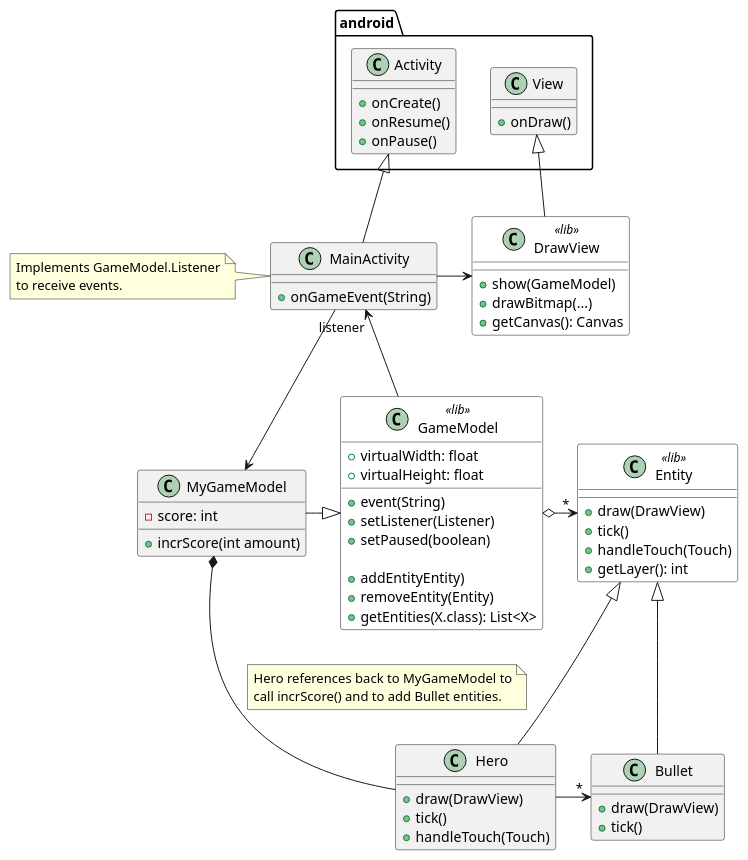
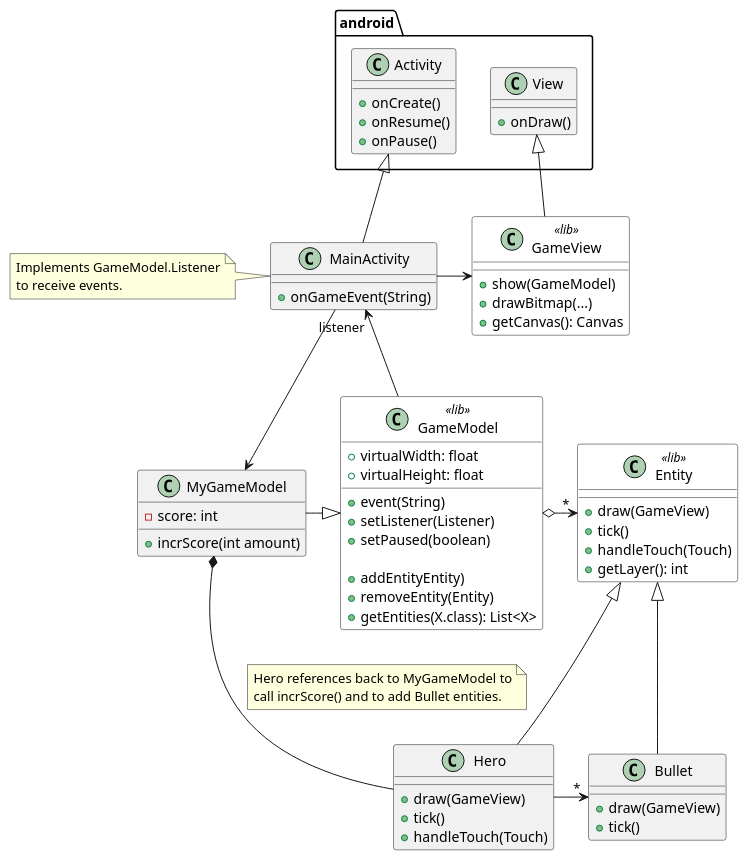
One commit to rikie457/MadnessPool changed the diagram in doc/library-documentation.md. Above: the diagram before and after it, drawn with PlantUML. The commit also changed other lines of this file and 15 other files, not shown here.

Commit message:
DrawView --> GameView

````diff
--- a/doc/library-documentation.md
+++ b/doc/library-documentation.md
@@ -55,18 +55,18 @@
 end note
 
 class Hero {
-    + draw(DrawView)
+    + draw(GameView)
     + tick()
     + handleTouch(Touch)
 }
 
 class Bullet {
-    + draw(DrawView)
+    + draw(GameView)
     + tick()
 }
 
 class Entity<<lib>> {
-    + draw(DrawView)
+    + draw(GameView)
     + tick()
     + handleTouch(Touch)
     + getLayer(): int
@@ -85,7 +85,7 @@
     + getEntities(X.class): List<X>
 }
 
-class DrawView<<lib>> {
+class GameView<<lib>> {
     + show(GameModel)
     + drawBitmap(...)
     + getCanvas(): Canvas
@@ -109,7 +109,7 @@
 Entity <|-- Bullet
 
 MainActivity --> MyGameModel
-MainActivity -> DrawView
+MainActivity -> GameView
 
 
 class android.View {
@@ -121,6 +121,6 @@
     + onPause()
 }
 android.Activity <|-- MainActivity 
-android.View <|-- DrawView
+android.View <|-- GameView
 
 ```
````
